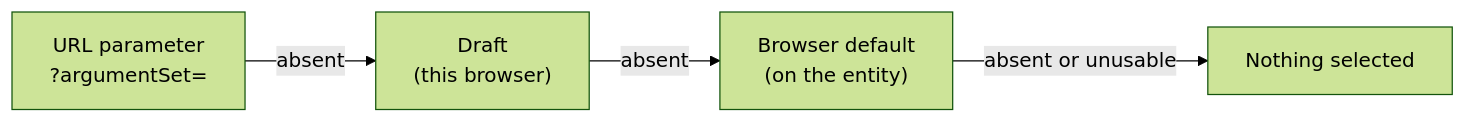
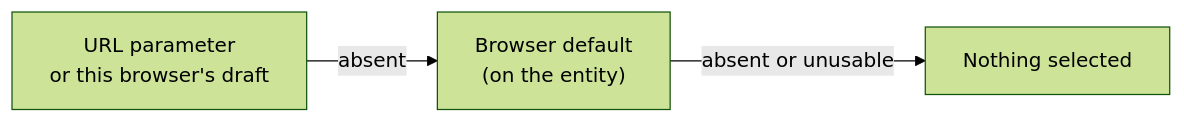
The diagram in docs/proposals/browser-defaults.md (recalcitrantsupplant/sqlib), drawn with Mermaid (forest theme) before and after one commit. The commit also changed other lines of this file and 5 other files, not shown here.

First line of the commit message:
docs: argument sets without graphs, and browser defaults

````diff
--- a/docs/proposals/browser-defaults.md
+++ b/docs/proposals/browser-defaults.md
@@ -94,6 +105,5 @@
 ```mermaid
 flowchart LR
-  A["URL parameter<br/>?argumentSet="] -->|absent| B["Draft<br/>(this browser)"]
-  B -->|absent| C["Browser default<br/>(on the entity)"]
+  A["URL parameter<br/>or this browser's draft"] -->|absent| C["Browser default<br/>(on the entity)"]
   C -->|absent or unusable| D["Nothing selected"]
 ```
````
